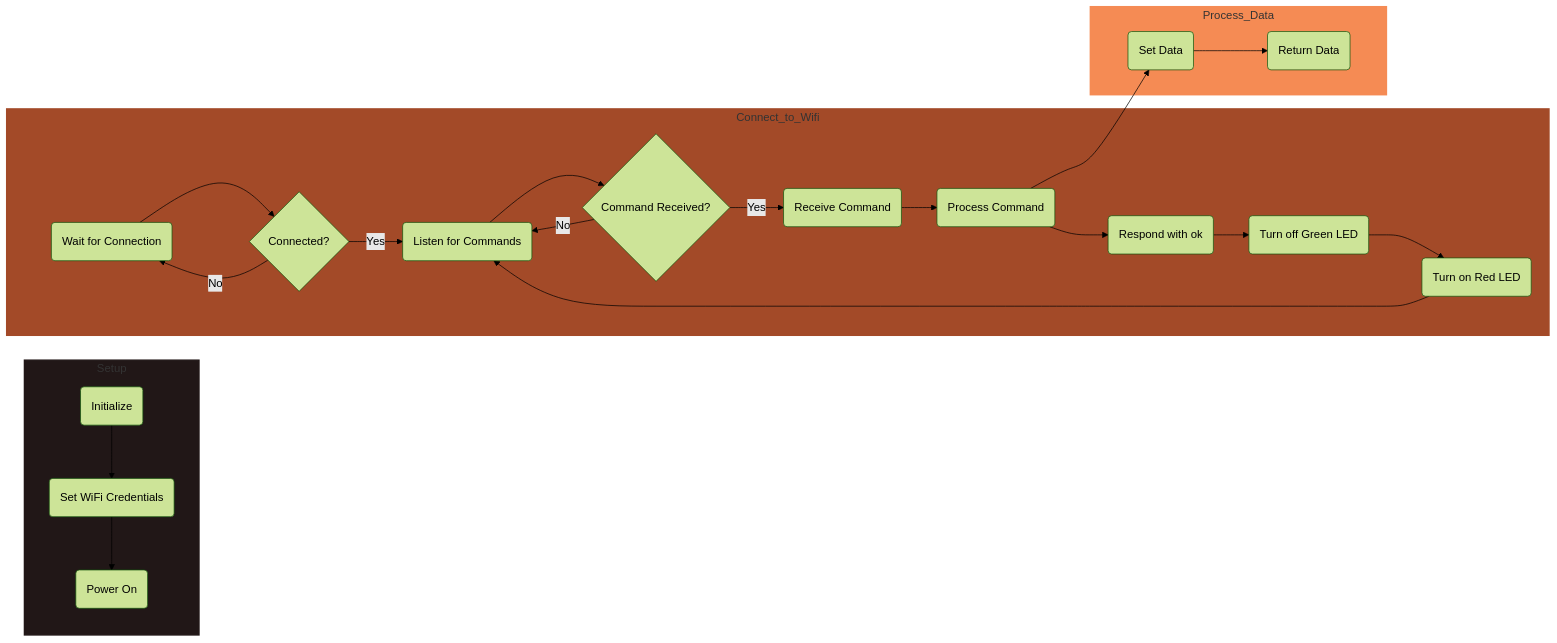
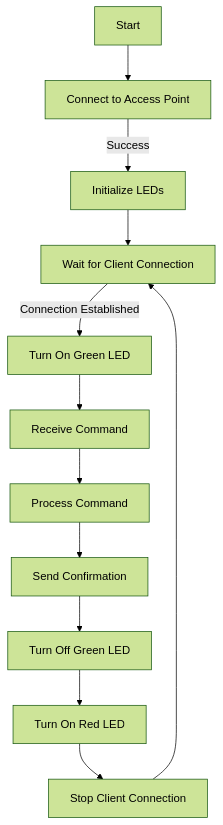
One commit to lily-open-source/esp8266-wireless-demo changed the diagram in code/example/client.md. Above: the diagram before and after it, drawn with Mermaid (forest theme). The commit also changed 3 other files, not shown here.

````diff
--- a/code/example/client.md
+++ b/code/example/client.md
@@ -47,45 +47,14 @@
 ```mermaid
-graph LR
-
-  subgraph Setup
-    A(Initialize)
-    B(Set WiFi Credentials)
-    C(Power On)
-    A --> B
-    B --> C
-  end
-
-  subgraph Connect_to_Wifi
-    D(Wait for Connection)
-    E{Connected?}
-    F(Listen for Commands)
-    G(Receive Command)
-    H(Process Command)
-    I(Respond with ok)
-    J{Command Received?}
-    K(Turn off Green LED)
-    L(Turn on Red LED)
-    D --> E
-    E -->|Yes| F
-    E -->|No| D
-    F --> J
-    J -->|Yes| G
-    J -->|No| F
-    G --> H
-    H --> I
-    I --> K
-    K --> L
-    L --> F
-  end
-
-  subgraph Process_Data
-    M(Set Data)
-    N(Return Data)
-    H --> M
-    M --> N
-  end
-
-  style Setup fill:#211717,stroke:#211717,stroke-width:2px;
-  style Connect_to_Wifi fill:#A34A28,stroke:#A34A28,stroke-width:2px;
-  style Process_Data fill:#F58B54,stroke:#F58B54,stroke-width:2px;
+graph TD
+  A[Start] --> B[Connect to Access Point]
+  B -- Success --> C[Initialize LEDs]
+  C --> D[Wait for Client Connection]
+  D -- Connection Established --> E[Turn On Green LED]
+  E --> F[Receive Command]
+  F --> G[Process Command]
+  G --> H[Send Confirmation]
+  H --> I[Turn Off Green LED]
+  I --> J[Turn On Red LED]
+  J --> K[Stop Client Connection]
+  K --> D
 ```
````
